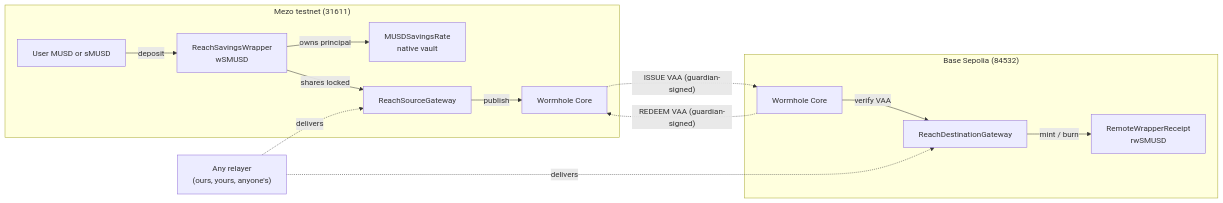
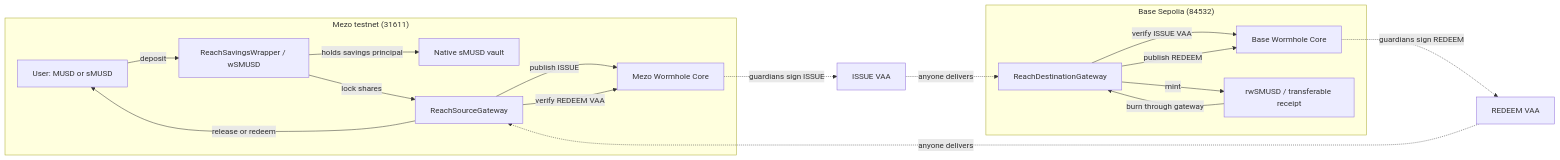
Before and after one commit to TheWeirdDee/musd-reach: the diagram in README.md, drawn with Mermaid. The commit also changed other lines of this file, not shown here.

````diff
--- a/README.md
+++ b/README.md
@@ -69,17 +75,21 @@
 ```mermaid
 flowchart LR
   subgraph Mezo["Mezo testnet (31611)"]
-    U1[User MUSD or sMUSD] -->|deposit| W[ReachSavingsWrapper<br/>wSMUSD]
-    W -->|owns principal| V[MUSDSavingsRate<br/>native vault]
-    W -->|shares locked| S[ReachSourceGateway]
-    S -->|publish| CM[Wormhole Core]
+    U["User: MUSD or sMUSD"] -->|deposit| W["ReachSavingsWrapper / wSMUSD"]
+    W -->|holds savings principal| V["Native sMUSD vault"]
+    W -->|lock shares| S["ReachSourceGateway"]
+    S -->|publish ISSUE| CM["Mezo Wormhole Core"]
+    S -->|verify REDEEM VAA| CM
+    S -->|release or redeem| U
   end
   subgraph Base["Base Sepolia (84532)"]
-    CB[Wormhole Core] -->|verify VAA| D[ReachDestinationGateway]
-    D -->|mint / burn| R[RemoteWrapperReceipt<br/>rwSMUSD]
+    D["ReachDestinationGateway"] -->|verify ISSUE VAA| CB["Base Wormhole Core"]
+    D -->|mint| R["rwSMUSD / transferable receipt"]
+    R -->|burn through gateway| D
+    D -->|publish REDEEM| CB
   end
-  CM -. "ISSUE VAA (guardian-signed)" .-> CB
-  CB -. "REDEEM VAA (guardian-signed)" .-> CM
-  Relayer["Any relayer<br/>(ours, yours, anyone's)"] -. delivers .-> D
-  Relayer -. delivers .-> S
+  CM -.->|guardians sign ISSUE| I["ISSUE VAA"]
+  I -.->|anyone delivers| D
+  CB -.->|guardians sign REDEEM| B["REDEEM VAA"]
+  B -.->|anyone delivers| S
 ```
````
